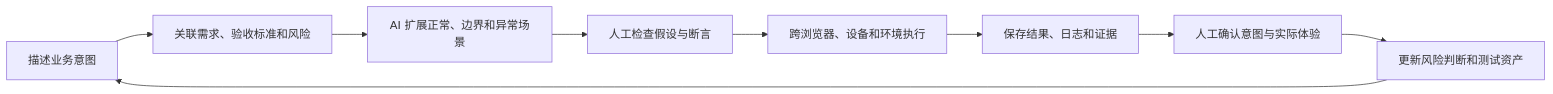
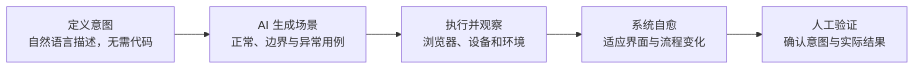
One commit to naodeng/naodeng.com.cn changed the second of 3 diagrams in src/blog/zh-cn/AI-Testing/vibe-testing-intent-driven-quality.mdx. Above: the diagram before and after it, drawn with Mermaid. The commit also changed other lines of this file and 124 other files, not shown here.

````diff
--- a/src/blog/zh-cn/AI-Testing/vibe-testing-intent-driven-quality.mdx
+++ b/src/blog/zh-cn/AI-Testing/vibe-testing-intent-driven-quality.mdx
@@ -52,11 +52,7 @@
 ```mermaid
 flowchart LR
-    A[描述业务意图] --> B[关联需求、验收标准和风险]
-    B --> C[AI 扩展正常、边界和异常场景]
-    C --> D[人工检查假设与断言]
-    D --> E[跨浏览器、设备和环境执行]
-    E --> F[保存结果、日志和证据]
-    F --> G[人工确认意图与实际体验]
-    G --> H[更新风险判断和测试资产]
-    H --> A
+    A[定义意图<br/>自然语言描述，无需代码] --> B[AI 生成场景<br/>正常、边界与异常用例]
+    B --> C[执行并观察<br/>浏览器、设备和环境]
+    C --> D[系统自愈<br/>适应界面与流程变化]
+    D --> E[人工验证<br/>确认意图与实际结果]
 ```
````
